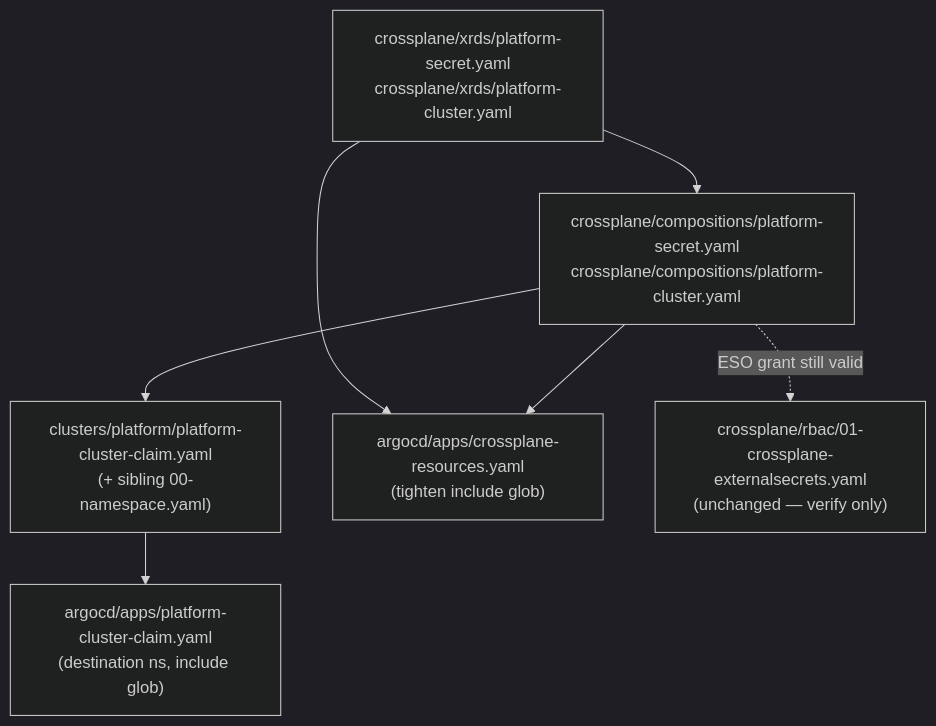
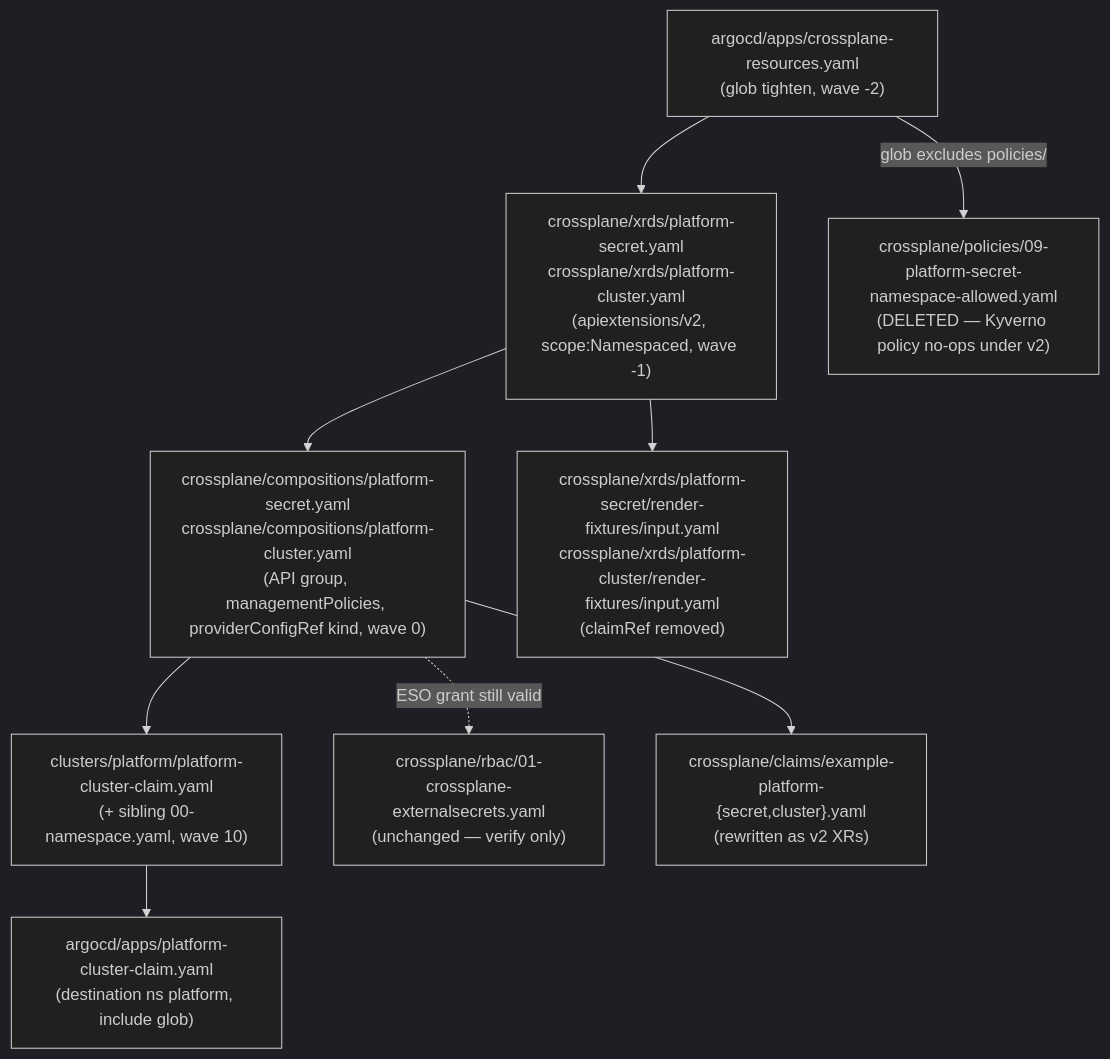
Before and after one commit to lago-morph/k8-platform: the third of 3 diagrams in ai/crossplane-v1-v2-un-fuckify/20-plan-SEG-1-production-manifests.md, drawn with Mermaid (dark theme). The commit also changed other lines of this file, not shown here.

````diff
--- a/ai/crossplane-v1-v2-un-fuckify/20-plan-SEG-1-production-manifests.md
+++ b/ai/crossplane-v1-v2-un-fuckify/20-plan-SEG-1-production-manifests.md
@@ -200,16 +497,21 @@
 ```mermaid
 flowchart TD
-  XRDs["crossplane/xrds/platform-secret.yaml<br/>crossplane/xrds/platform-cluster.yaml"]
-  Comps["crossplane/compositions/platform-secret.yaml<br/>crossplane/compositions/platform-cluster.yaml"]
-  LiveClaim["clusters/platform/platform-cluster-claim.yaml<br/>(+ sibling 00-namespace.yaml)"]
-  ACDcrossplane["argocd/apps/crossplane-resources.yaml<br/>(tighten include glob)"]
-  ACDclaim["argocd/apps/platform-cluster-claim.yaml<br/>(destination ns, include glob)"]
-  RBAC["crossplane/rbac/01-crossplane-externalsecrets.yaml<br/>(unchanged — verify only)"]
+  ACDcrossplane["argocd/apps/crossplane-resources.yaml\n(glob tighten, wave -2)"]
+  XRDs["crossplane/xrds/platform-secret.yaml\ncrossplane/xrds/platform-cluster.yaml\n(apiextensions/v2, scope:Namespaced, wave -1)"]
+  Comps["crossplane/compositions/platform-secret.yaml\ncrossplane/compositions/platform-cluster.yaml\n(API group, managementPolicies, providerConfigRef kind, wave 0)"]
+  LiveClaim["clusters/platform/platform-cluster-claim.yaml\n(+ sibling 00-namespace.yaml, wave 10)"]
+  ACDclaim["argocd/apps/platform-cluster-claim.yaml\n(destination ns platform, include glob)"]
+  RBAC["crossplane/rbac/01-crossplane-externalsecrets.yaml\n(unchanged — verify only)"]
+  Examples["crossplane/claims/example-platform-{secret,cluster}.yaml\n(rewritten as v2 XRs)"]
+  Fixtures["crossplane/xrds/platform-secret/render-fixtures/input.yaml\ncrossplane/xrds/platform-cluster/render-fixtures/input.yaml\n(claimRef removed)"]
+  Policy["crossplane/policies/09-platform-secret-namespace-allowed.yaml\n(DELETED — Kyverno policy no-ops under v2)"]
 
+  ACDcrossplane -->|"glob excludes policies/"| Policy
+  ACDcrossplane --> XRDs
   XRDs --> Comps
   Comps --> LiveClaim
-  XRDs --> ACDcrossplane
-  Comps --> ACDcrossplane
   LiveClaim --> ACDclaim
-  Comps -.->|ESO grant still valid| RBAC
+  Comps -.->|"ESO grant still valid"| RBAC
+  XRDs --> Fixtures
+  Comps --> Examples
 ```
````
